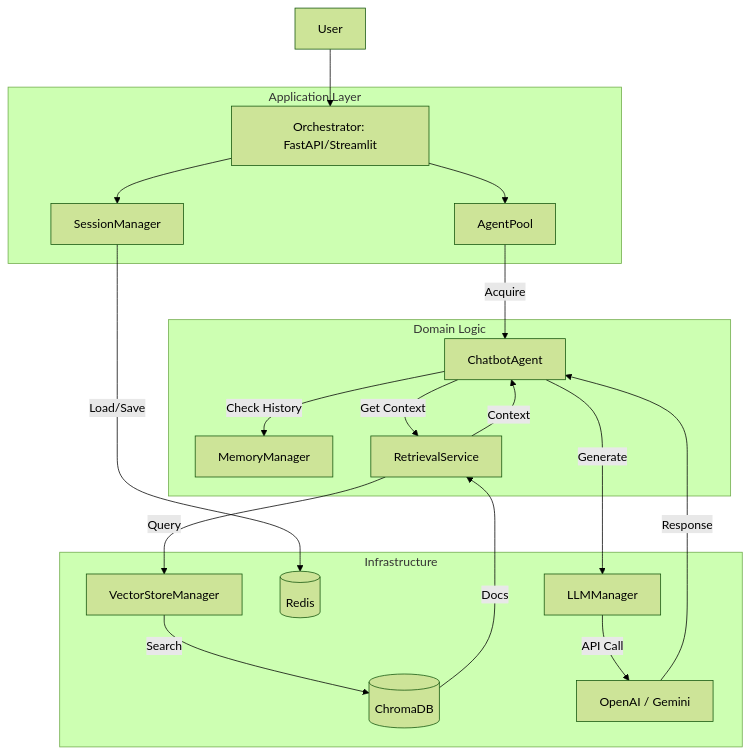
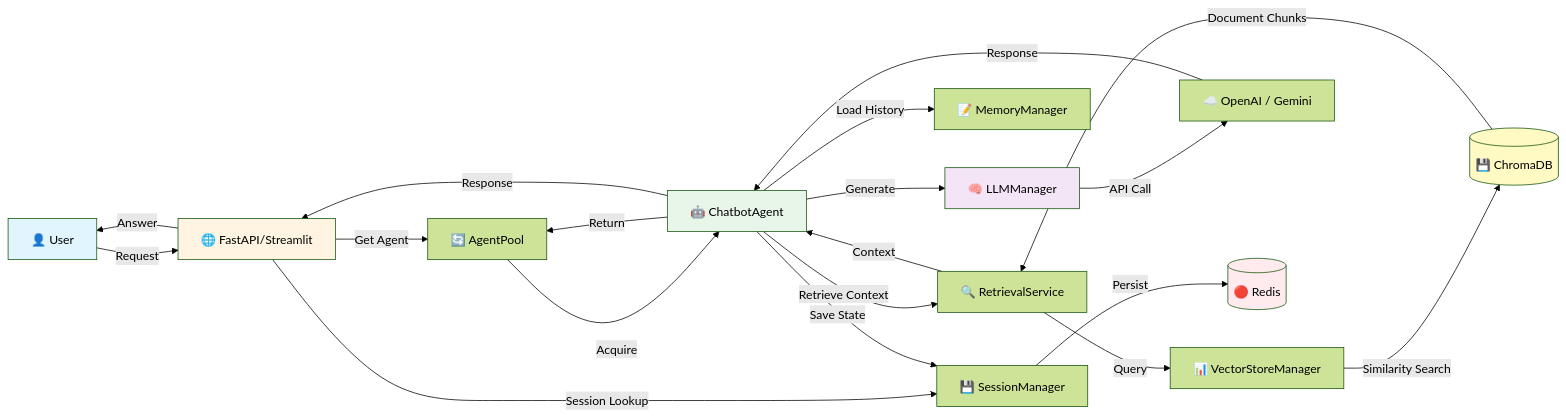
One commit to kanav-kalra/rag_chatbot changed the diagram in rag_chatbot_blog.md. Above: the diagram before and after it, drawn with Mermaid (forest theme).

Commit message:
Blog documentation

````diff
--- a/rag_chatbot_blog.md
+++ b/rag_chatbot_blog.md
@@ -111,29 +115,36 @@
 ```mermaid
-graph TD
-    User[User] --> OR[Orchestrator: FastAPI/Streamlit]
+graph LR
+    User[👤 User] -->|Request| API[🌐 FastAPI/Streamlit]
     
-    subgraph Application [Application Layer]
-        OR --> SM[SessionManager]
-        OR --> AP[AgentPool]
-    end
-
-    subgraph Domain [Domain Logic]
-        AP -->|Acquire| Agent[ChatbotAgent]
-        Agent -->|Check History| Mem[MemoryManager]
-        Agent -->|Get Context| Ret[RetrievalService]
-    end
-
-    subgraph Infrastructure [Infrastructure]
-        Ret -->|Query| VSM[VectorStoreManager]
-        VSM -->|Search| Chroma[(ChromaDB)]
-        
-        SM -->|Load/Save| Redis[(Redis)]
-        
-        Agent -->|Generate| LLM[LLMManager]
-        LLM -->|API Call| External[OpenAI / Gemini]
-    end
-
-    Chroma -->|Docs| Ret
+    API -->|Session Lookup| SM[💾 SessionManager]
+    API -->|Get Agent| AP[🔄 AgentPool]
+    
+    AP -->|Acquire| Agent[🤖 ChatbotAgent]
+    
+    Agent -->|Load History| Mem[📝 MemoryManager]
+    Agent -->|Retrieve Context| Ret[🔍 RetrievalService]
+    
+    Ret -->|Query| VSM[📊 VectorStoreManager]
+    VSM -->|Similarity Search| Chroma[(💾 ChromaDB)]
+    
+    Chroma -->|Document Chunks| Ret
     Ret -->|Context| Agent
+    
+    Agent -->|Generate| LLM[🧠 LLMManager]
+    LLM -->|API Call| External[☁️ OpenAI / Gemini]
+    
     External -->|Response| Agent
+    Agent -->|Save State| SM
+    SM -->|Persist| Redis[(🔴 Redis)]
+    
+    Agent -->|Return| AP
+    Agent -->|Response| API
+    API -->|Answer| User
+    
+    style User fill:#e1f5ff
+    style API fill:#fff4e1
+    style Agent fill:#e8f5e9
+    style LLM fill:#f3e5f5
+    style Chroma fill:#fff9c4
+    style Redis fill:#ffebee
 ```
````
